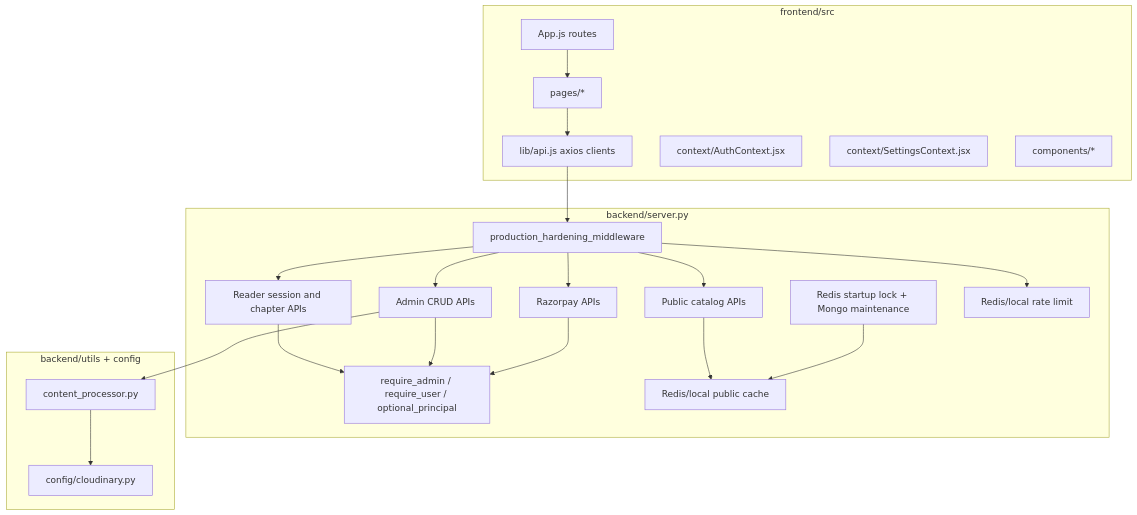
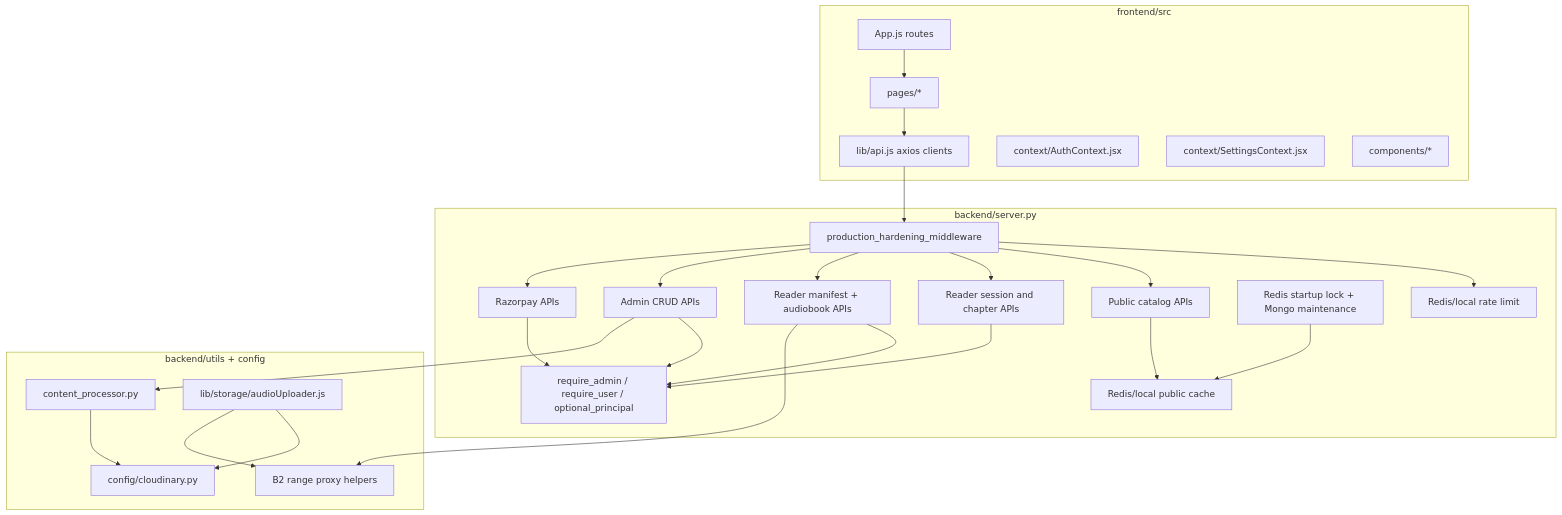
Before and after one commit to ronik18/earnalism-digital-library: the second of 22 diagrams in README.md, drawn with Mermaid. The commit also changed other lines of this file and 39 other files, not shown here.

````diff
--- a/README.md
+++ b/README.md
@@ -82,44 +97,52 @@
 ```mermaid
 flowchart TB
   subgraph FE[frontend/src]
     App[App.js routes]
     APIClient[lib/api.js axios clients]
     AuthCtx[context/AuthContext.jsx]
     SettingsCtx[context/SettingsContext.jsx]
     Pages[pages/*]
     Components[components/*]
   end
 
   subgraph BE[backend/server.py]
     Middleware[production_hardening_middleware]
     Auth[require_admin / require_user / optional_principal]
     PublicAPI[Public catalog APIs]
     ReaderAPI[Reader session and chapter APIs]
+    ManifestAPI[Reader manifest + audiobook APIs]
     AdminAPI[Admin CRUD APIs]
     PaymentAPI[Razorpay APIs]
     Startup[Redis startup lock + Mongo maintenance]
     Cache[Redis/local public cache]
     RateLimit[Redis/local rate limit]
   end
 
   subgraph Utils[backend/utils + config]
     Processor[content_processor.py]
     Cloud[config/cloudinary.py]
+    AudioUpload[lib/storage/audioUploader.js]
+    B2Proxy[B2 range proxy helpers]
   end
 
   App --> Pages
   Pages --> APIClient
   APIClient --> Middleware
   Middleware --> RateLimit
   Middleware --> PublicAPI
   Middleware --> ReaderAPI
+  Middleware --> ManifestAPI
   Middleware --> AdminAPI
   Middleware --> PaymentAPI
   ReaderAPI --> Auth
+  ManifestAPI --> Auth
   AdminAPI --> Auth
   PaymentAPI --> Auth
   PublicAPI --> Cache
   AdminAPI --> Processor
   Processor --> Cloud
+  AudioUpload --> Cloud
+  AudioUpload --> B2Proxy
+  ManifestAPI --> B2Proxy
   Startup --> Cache
 ```
````
